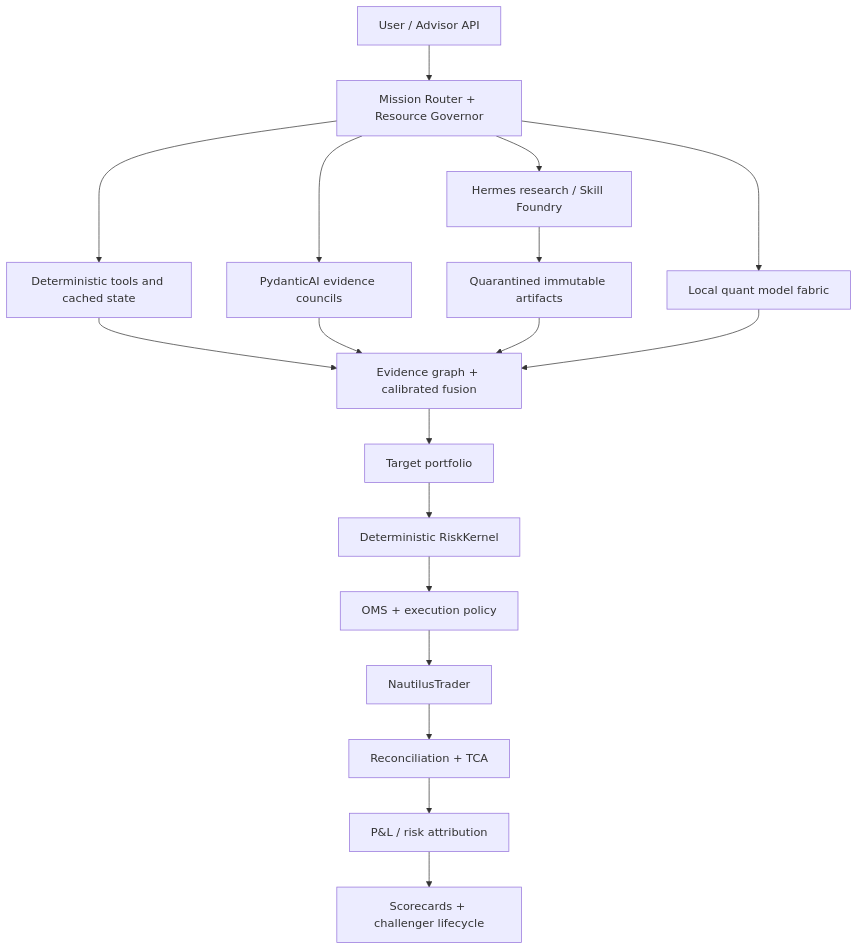
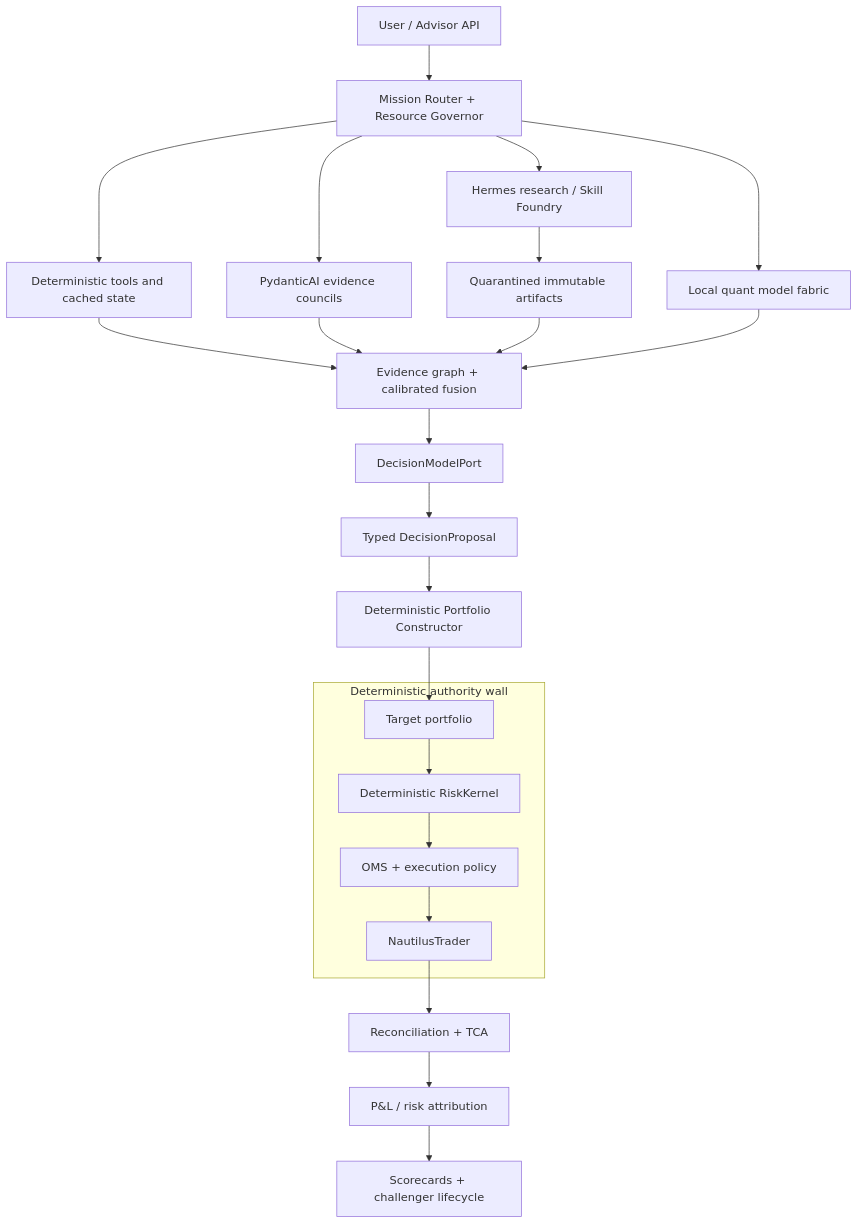
Before and after one commit to Maaroufabousaleh/advisorai-v3: the diagram in advisorai-federated-multi-agent-quant-architecture-v3.md, drawn with Mermaid. The commit also changed other lines of this file and 36 other files, not shown here.

Commit message:
docs: rebase roadmap on session-oriented workstation

````diff
--- a/advisorai-federated-multi-agent-quant-architecture-v3.md
+++ b/advisorai-federated-multi-agent-quant-architecture-v3.md
@@ -64,20 +86,25 @@
 ```mermaid
 flowchart TB
     U["User / Advisor API"] --> MR["Mission Router + Resource Governor"]
     MR --> DET["Deterministic tools and cached state"]
     MR --> PAI["PydanticAI evidence councils"]
     MR --> HER["Hermes research / Skill Foundry"]
     MR --> QMF["Local quant model fabric"]
     DET --> FUS["Evidence graph + calibrated fusion"]
     PAI --> FUS
     HER --> ART["Quarantined immutable artifacts"]
     ART --> FUS
     QMF --> FUS
-    FUS --> TP["Target portfolio"]
+    FUS --> DM["DecisionModelPort"]
+    DM --> DP["Typed DecisionProposal"]
+    DP --> PC["Deterministic Portfolio Constructor"]
+    PC --> TP["Target portfolio"]
+    subgraph WALL["Deterministic authority wall"]
     TP --> RK["Deterministic RiskKernel"]
     RK --> OMS["OMS + execution policy"]
     OMS --> NT["NautilusTrader"]
+    end
     NT --> REC["Reconciliation + TCA"]
     REC --> ATTR["P&L / risk attribution"]
     ATTR --> LEARN["Scorecards + challenger lifecycle"]
 ```
````
